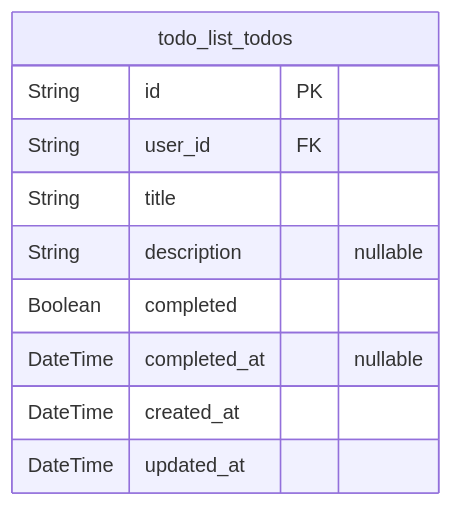
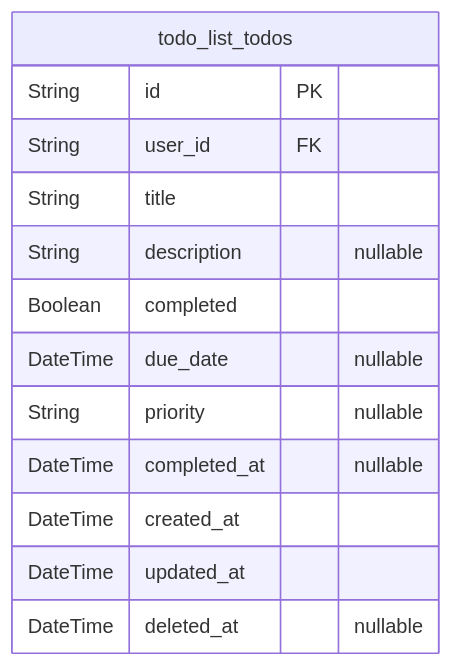
One commit to wrtnlabs/autobe-examples changed the third of 3 diagrams in anthropic/claude-haiku-4.5/todo/docs/ERD.md. Above: the diagram before and after it, drawn with Mermaid. The commit also changed other lines of this file and 8017 other files, not shown here.

````diff
--- a/anthropic/claude-haiku-4.5/todo/docs/ERD.md
+++ b/anthropic/claude-haiku-4.5/todo/docs/ERD.md
@@ -99,13 +291,16 @@
 ```mermaid
 erDiagram
 "todo_list_todos" {
   String id PK
   String user_id FK
   String title
   String description "nullable"
   Boolean completed
+  DateTime due_date "nullable"
+  String priority "nullable"
   DateTime completed_at "nullable"
   DateTime created_at
   DateTime updated_at
+  DateTime deleted_at "nullable"
 }
 ```
````
